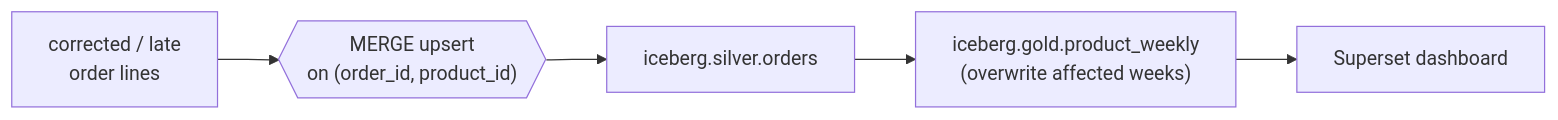
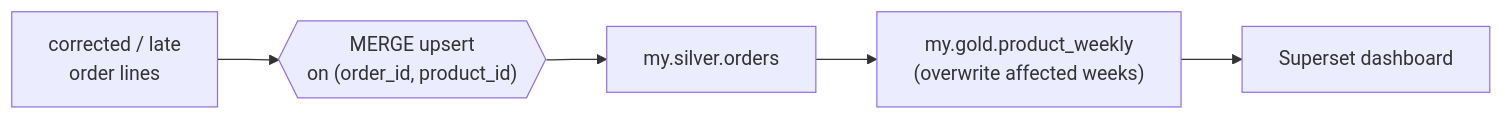
One commit to maarthala/data-engineering-lab changed the diagram in training/docs/capstones/capstone-2.md. Above: the diagram before and after it, drawn with Mermaid. The commit also changed other lines of this file and 55 other files, not shown here.

````diff
--- a/training/docs/capstones/capstone-2.md
+++ b/training/docs/capstones/capstone-2.md
@@ -13,7 +13,7 @@
 ```mermaid
 flowchart LR
   SIM["corrected / late<br/>order lines"] --> M{{"MERGE upsert<br/>on (order_id, product_id)"}}
-  M --> S["iceberg.silver.orders"]
-  S --> W["iceberg.gold.product_weekly<br/>(overwrite affected weeks)"]
+  M --> S["my.silver.orders"]
+  S --> W["my.gold.product_weekly<br/>(overwrite affected weeks)"]
   W --> D["Superset dashboard"]
 ```
````
